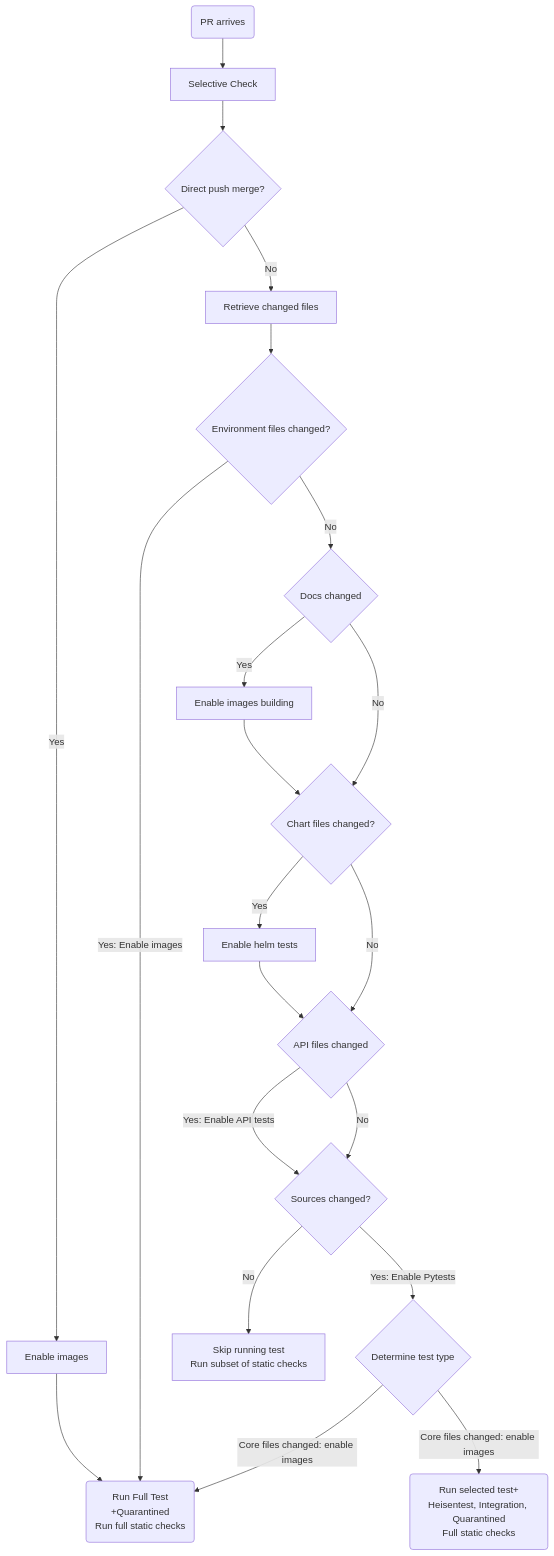
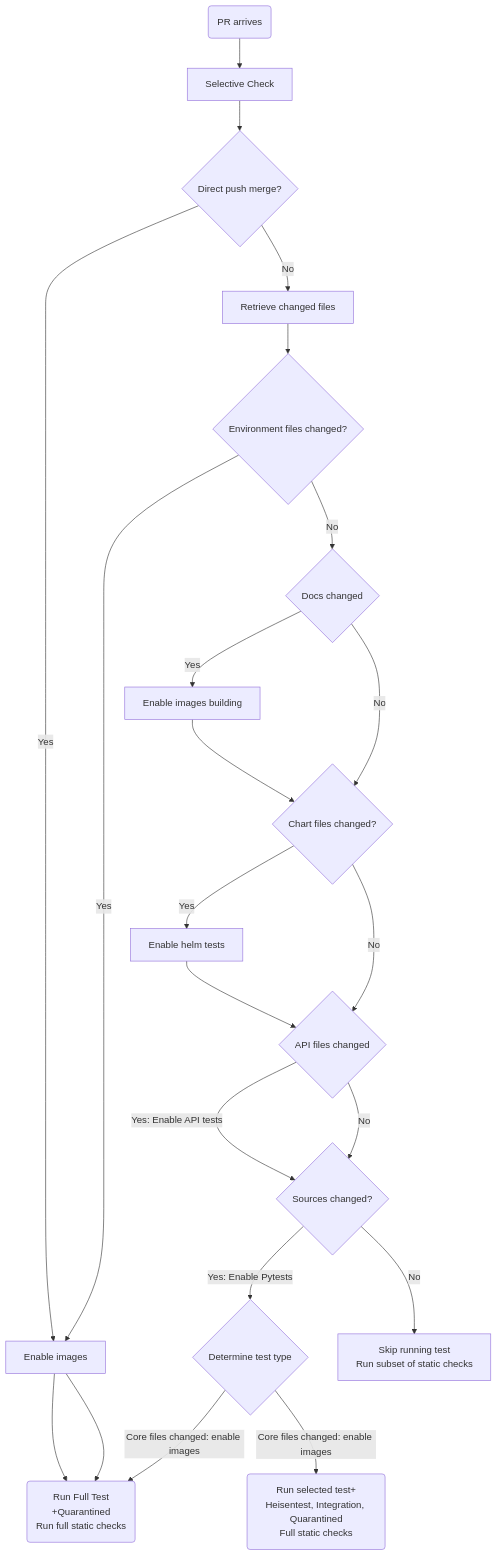
One commit to edithturn/golang-training changed the first of 2 diagrams in README.md. Above: the diagram before and after it, drawn with Mermaid.

Commit message:
sylish graph

````diff
--- a/README.md
+++ b/README.md
@@ -4,23 +4,24 @@
 ```mermaid
 flowchart TD
 A(PR arrives)-->B[Selective Check]
 B-->C{Direct push merge?}
 C-->|Yes| N[Enable images] 
 N-->D(Run Full Test<br />+Quarantined<br />Run full static checks)
 C-->|No| E[Retrieve changed files]
 E-->F{Environment files changed?}
-F-->|Yes: Enable images| D
+F-->|Yes| N
+N-->D
 F-->|No| G{Docs changed}
 G-->|Yes| O[Enable images building]
 O-->I{Chart files changed?}
 G-->|No| I
 I-->|Yes| P[Enable helm tests]
 P-->J{API files changed}
 I-->|No| J
 J-->|Yes: Enable API tests| H{Sources changed?}
 J-->|No| H
 H-->|Yes: Enable Pytests| K{Determine test type}
 K-->|Core files changed: enable images| D
 K-->|Core files changed: enable images| M(Run selected test+<br />Heisentest, Integration, Quarantined<br />Full static checks) 
 H-->|No| L[Skip running test<br />Run subset of static checks]
 ```
````
